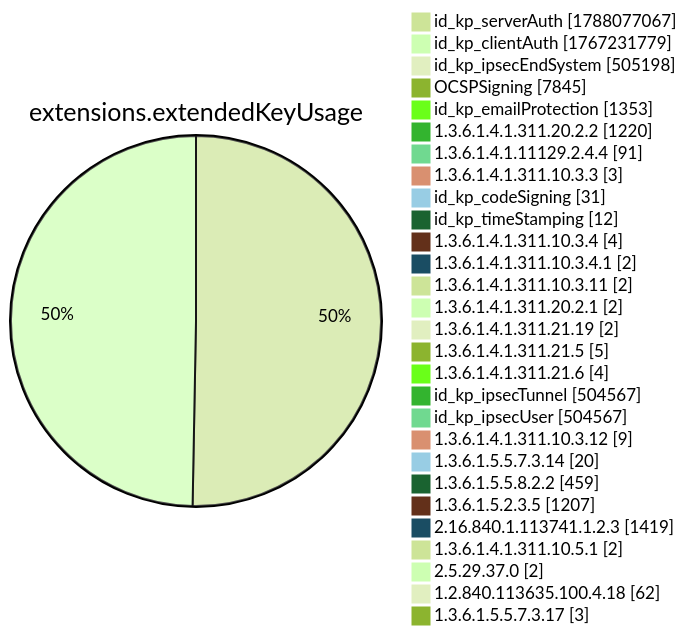
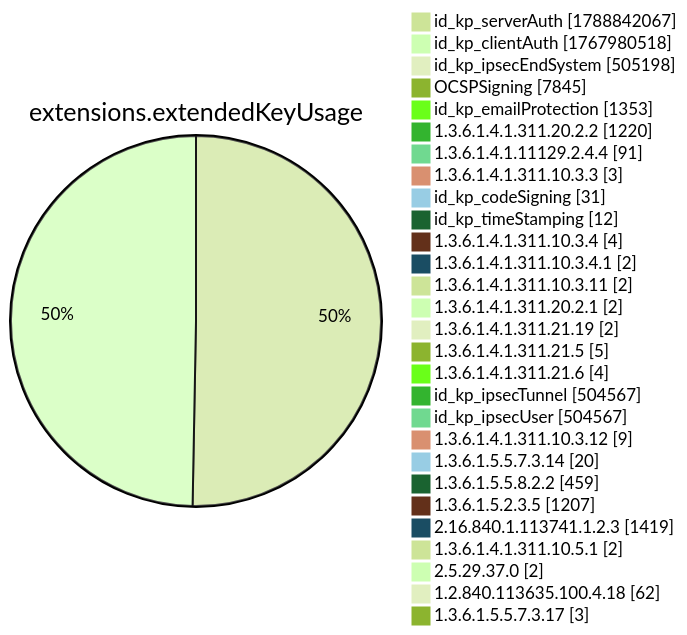
Diagram 12 of 15 in xenon2022/README.md (christiankrug/ctmonitor_visualization), drawn with Mermaid (forest theme) before and after one commit. The commit also changed other lines of this file, not shown here.

````diff
--- a/xenon2022/README.md
+++ b/xenon2022/README.md
@@ -3894,32 +3894,32 @@
 ```mermaid
 pie showData
 title extensions.extendedKeyUsage
-"id_kp_serverAuth" :1788077067
-"id_kp_clientAuth" :1767231779
+"id_kp_serverAuth" :1788842067
+"id_kp_clientAuth" :1767980518
 "id_kp_ipsecEndSystem" :505198
 "OCSPSigning" :7845
 "id_kp_emailProtection" :1353
 "1.3.6.1.4.1.311.20.2.2" :1220
 "1.3.6.1.4.1.11129.2.4.4" :91
 "1.3.6.1.4.1.311.10.3.3" :3
 "id_kp_codeSigning" :31
 "id_kp_timeStamping" :12
 "1.3.6.1.4.1.311.10.3.4" :4
 "1.3.6.1.4.1.311.10.3.4.1" :2
 "1.3.6.1.4.1.311.10.3.11" :2
 "1.3.6.1.4.1.311.20.2.1" :2
 "1.3.6.1.4.1.311.21.19" :2
 "1.3.6.1.4.1.311.21.5" :5
 "1.3.6.1.4.1.311.21.6" :4
 "id_kp_ipsecTunnel" :504567
 "id_kp_ipsecUser" :504567
 "1.3.6.1.4.1.311.10.3.12" :9
 "1.3.6.1.5.5.7.3.14" :20
 "1.3.6.1.5.5.8.2.2" :459
 "1.3.6.1.5.2.3.5" :1207
 "2.16.840.1.113741.1.2.3" :1419
 "1.3.6.1.4.1.311.10.5.1" :2
 "2.5.29.37.0" :2
 "1.2.840.113635.100.4.18" :62
 "1.3.6.1.5.5.7.3.17" :3
 ```
````
